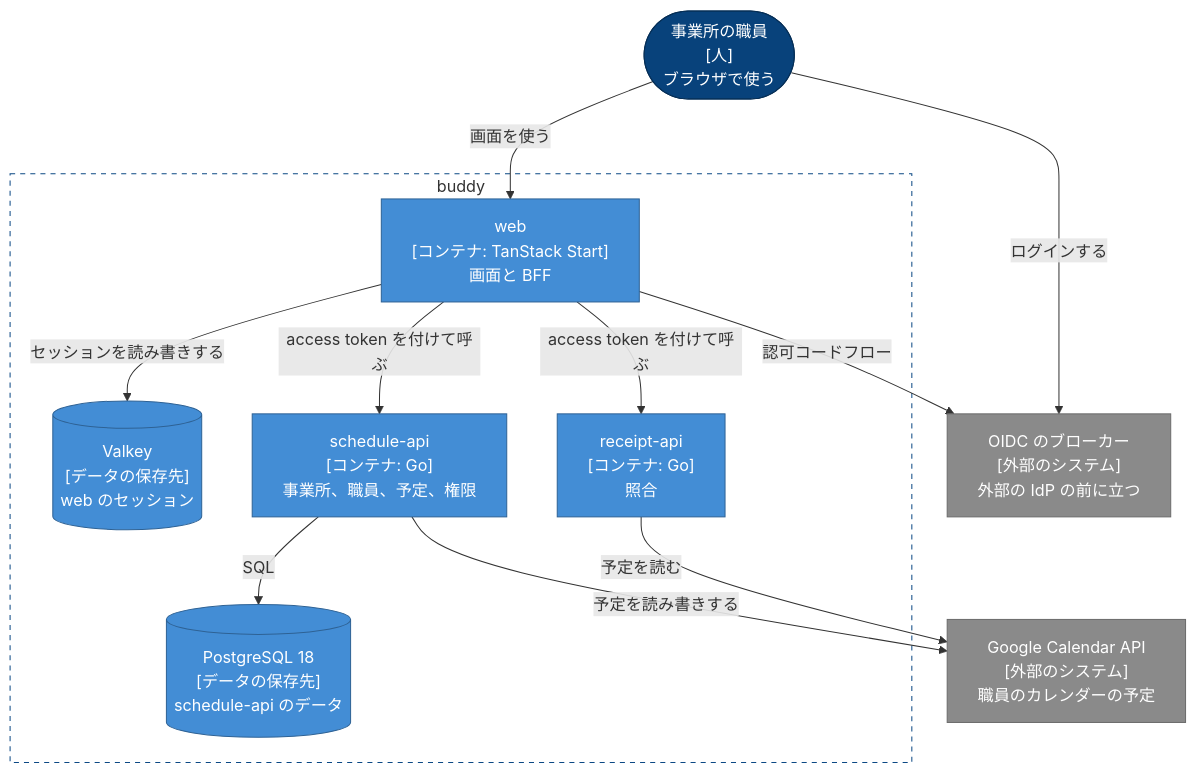
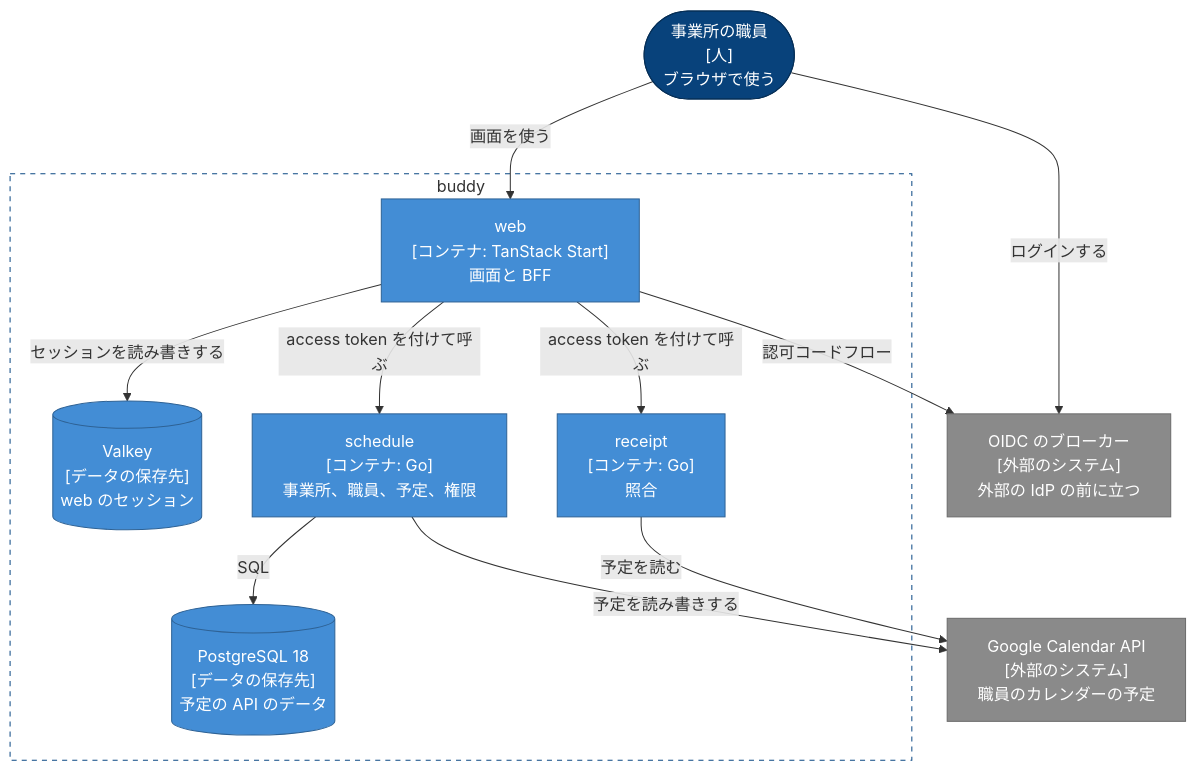
One commit to Fukuemon/buddy changed the diagram in docs/design/DesignDoc.md. Above: the diagram before and after it, drawn with Mermaid. The commit also changed other lines of this file and 21 other files, not shown here.

````diff
--- a/docs/design/DesignDoc.md
+++ b/docs/design/DesignDoc.md
@@ -47,29 +47,29 @@
 ```mermaid
 flowchart TB
   staff(["事業所の職員<br/>[人]<br/>ブラウザで使う"])
   broker["OIDC のブローカー<br/>[外部のシステム]<br/>外部の IdP の前に立つ"]
   subgraph buddy["buddy"]
     web["web<br/>[コンテナ: TanStack Start]<br/>画面と BFF"]
     valkey[("Valkey<br/>[データの保存先]<br/>web のセッション")]
-    schedule["schedule-api<br/>[コンテナ: Go]<br/>事業所、職員、予定、権限"]
-    receipt["receipt-api<br/>[コンテナ: Go]<br/>照合"]
-    postgres[("PostgreSQL 18<br/>[データの保存先]<br/>schedule-api のデータ")]
+    schedule["schedule<br/>[コンテナ: Go]<br/>事業所、職員、予定、権限"]
+    receipt["receipt<br/>[コンテナ: Go]<br/>照合"]
+    postgres[("PostgreSQL 18<br/>[データの保存先]<br/>予定の API のデータ")]
   end
   gcal["Google Calendar API<br/>[外部のシステム]<br/>職員のカレンダーの予定"]
   staff -- "画面を使う" --> web
   staff -- "ログインする" --> broker
   web -- "認可コードフロー" --> broker
   web -- "セッションを読み書きする" --> valkey
   web -- "access token を付けて呼ぶ" --> schedule
   web -- "access token を付けて呼ぶ" --> receipt
   schedule -- "SQL" --> postgres
   receipt -- "予定を読む" --> gcal
   schedule -- "予定を読み書きする" --> gcal
   classDef person fill:#08427b,stroke:#052e56,color:#fff
   classDef container fill:#438dd5,stroke:#2e6295,color:#fff
   classDef external fill:#8a8a8a,stroke:#6b6b6b,color:#fff
   class staff person
   class web,valkey,schedule,receipt,postgres container
   class broker,gcal external
   style buddy fill:none,stroke:#0b4884,stroke-dasharray:5 5
 ```
````
